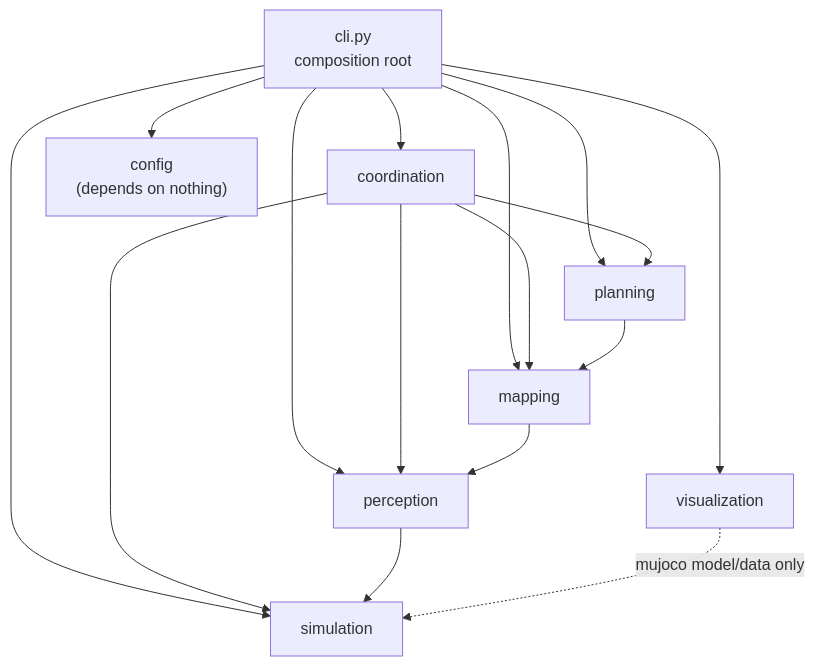
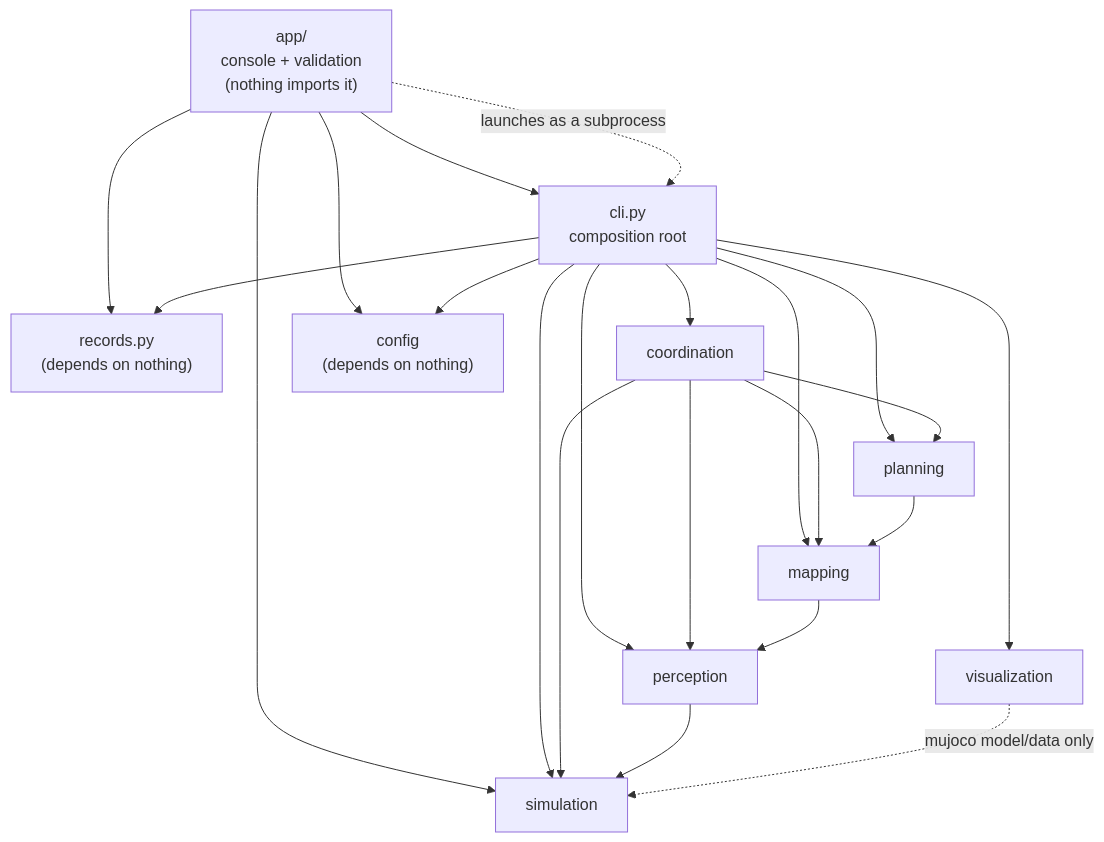
One commit to ramgerassy/auto-drone-mapping changed the first of 2 diagrams in docs/design.md. Above: the diagram before and after it, drawn with Mermaid. The commit also changed other lines of this file, not shown here.

First line of the commit message:
docs(design): Sprint 3 — failure handling, run records, operator console

````diff
--- a/docs/design.md
+++ b/docs/design.md
@@ -74,30 +91,39 @@
 ```mermaid
 graph TD
+    app["app/<br/>console + validation<br/>(nothing imports it)"]
     cli[cli.py<br/>composition root]
+    rec["records.py<br/>(depends on nothing)"]
     coord[coordination]
     plan[planning]
     map[mapping]
     perc[perception]
     sim[simulation]
     vis[visualization]
     cfg["config<br/>(depends on nothing)"]
 
+    app --> cli
+    app --> rec
+    app --> cfg
+    app --> sim
+    app -.->|launches as a subprocess| cli
+
+    cli --> rec
     cli --> coord
     cli --> plan
     cli --> map
     cli --> perc
     cli --> sim
     cli --> vis
     cli --> cfg
 
     coord --> plan
     coord --> map
     coord --> perc
     coord --> sim
 
     plan --> map
     map --> perc
     perc --> sim
 
     vis -.->|mujoco model/data only| sim
 ```
````
